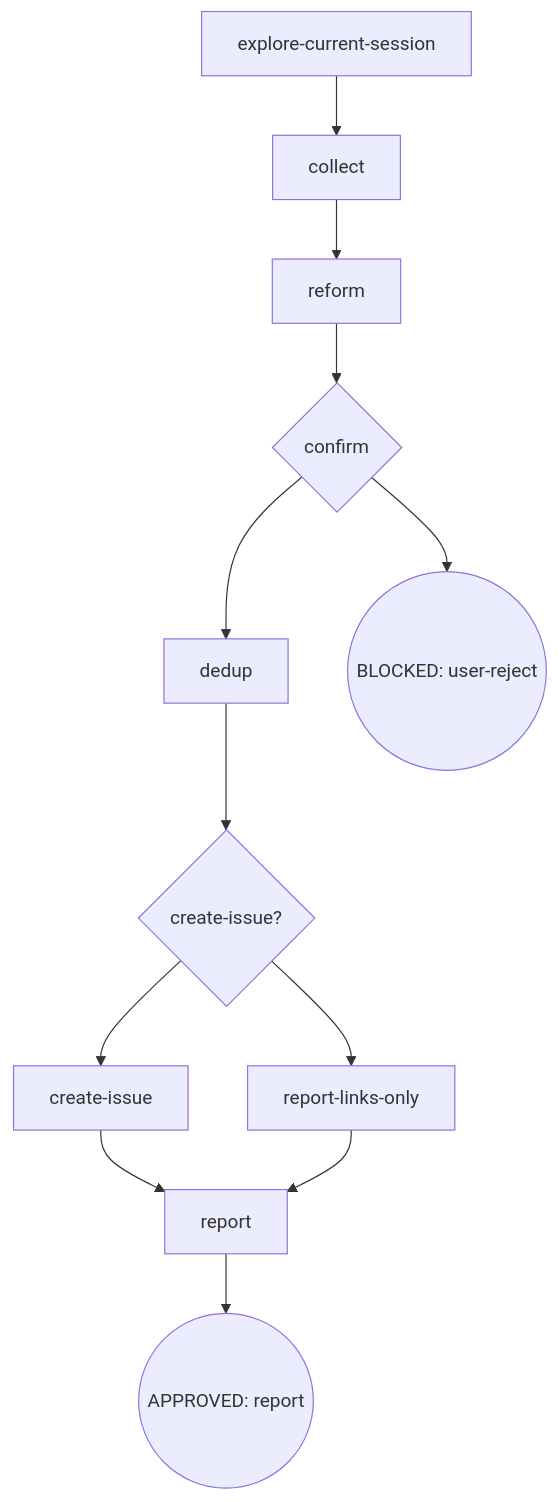
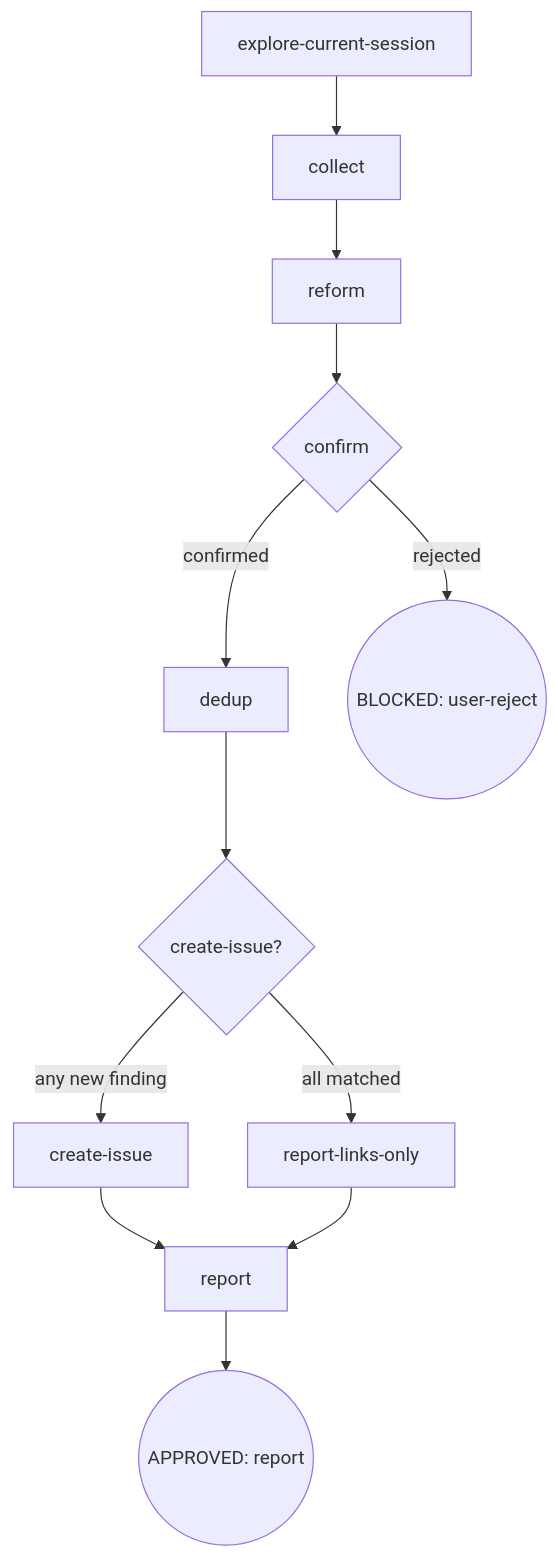
Before and after one commit to Oscaner/skills: the diagram in packages/kairos/skills/cdd-report/SKILL.md, drawn with Mermaid. The commit also changed 27 other files, not shown here.

````diff
--- a/packages/kairos/skills/cdd-report/SKILL.md
+++ b/packages/kairos/skills/cdd-report/SKILL.md
@@ -12,14 +12,14 @@
 ```mermaid
 flowchart TD
   A[explore-current-session] --> B[collect]
   B --> C[reform]
   C --> D{confirm}
-  D --> E[dedup]
-  D --> Z1((BLOCKED: user-reject))
+  D -->|confirmed| E[dedup]
+  D -->|rejected| Z1((BLOCKED: user-reject))
   E --> G{create-issue?}
-  G --> H[create-issue]
-  G --> I[report-links-only]
+  G -->|any new finding| H[create-issue]
+  G -->|all matched| I[report-links-only]
   H --> J[report]
   I --> J
   J --> K((APPROVED: report))
 ```
````
